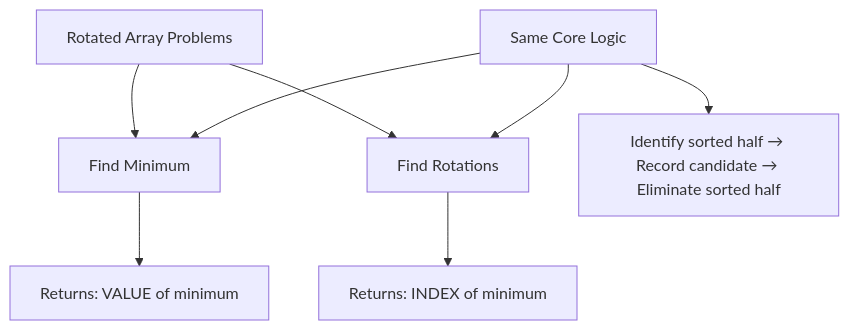
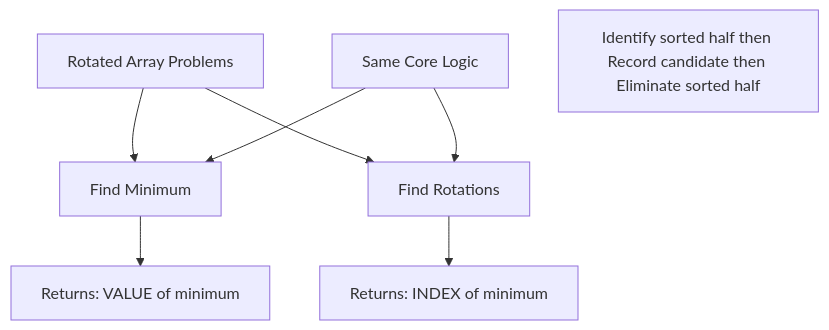
One commit to pentoshi007/tuf changed diagram 12 of 19 in dsa/Advanced/04-Binary search/02-logic-building/02-logic-building.md. Above: the diagram before and after it, drawn with Mermaid. The commit also changed other lines of this file and 1 other file, not shown here.

First line of the commit message:
Fix Mermaid diagram syntax for GitHub compatibility

````diff
--- a/dsa/Advanced/04-Binary search/02-logic-building/02-logic-building.md
+++ b/dsa/Advanced/04-Binary search/02-logic-building/02-logic-building.md
@@ -503,14 +496,14 @@
 ```mermaid
 flowchart TB
     A["Rotated Array Problems"] --> B["Find Minimum"]
     A --> C["Find Rotations"]
     
     B --> D["Returns: VALUE of minimum"]
     C --> E["Returns: INDEX of minimum"]
     
-    F["Same Core Logic"] --> B
+    F["Same Core Logic"]
+    F --> B
     F --> C
     
-    G["Identify sorted half → Record candidate → Eliminate sorted half"]
-    F --> G
+    G["Identify sorted half then Record candidate then Eliminate sorted half"]
 ```
````
